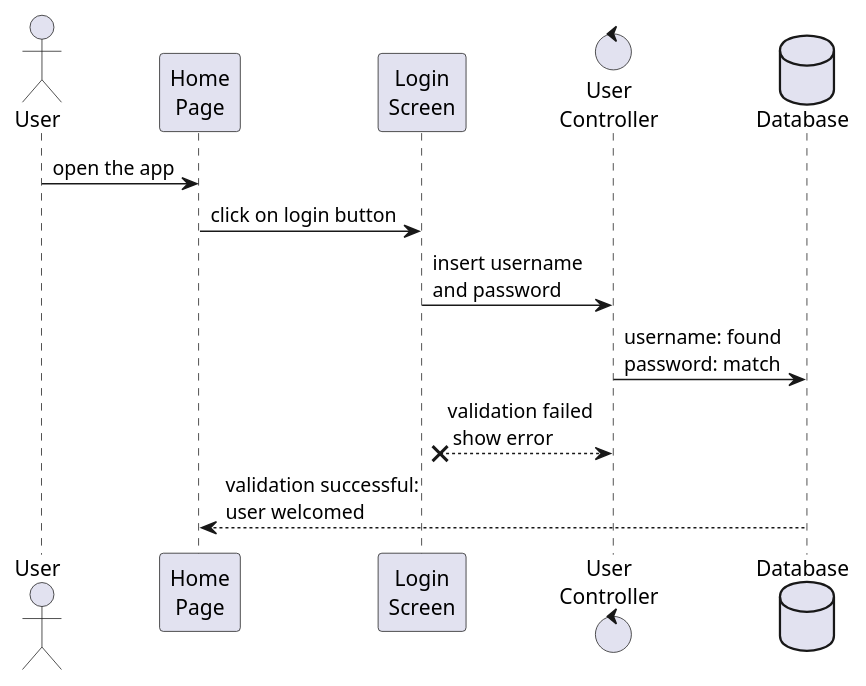
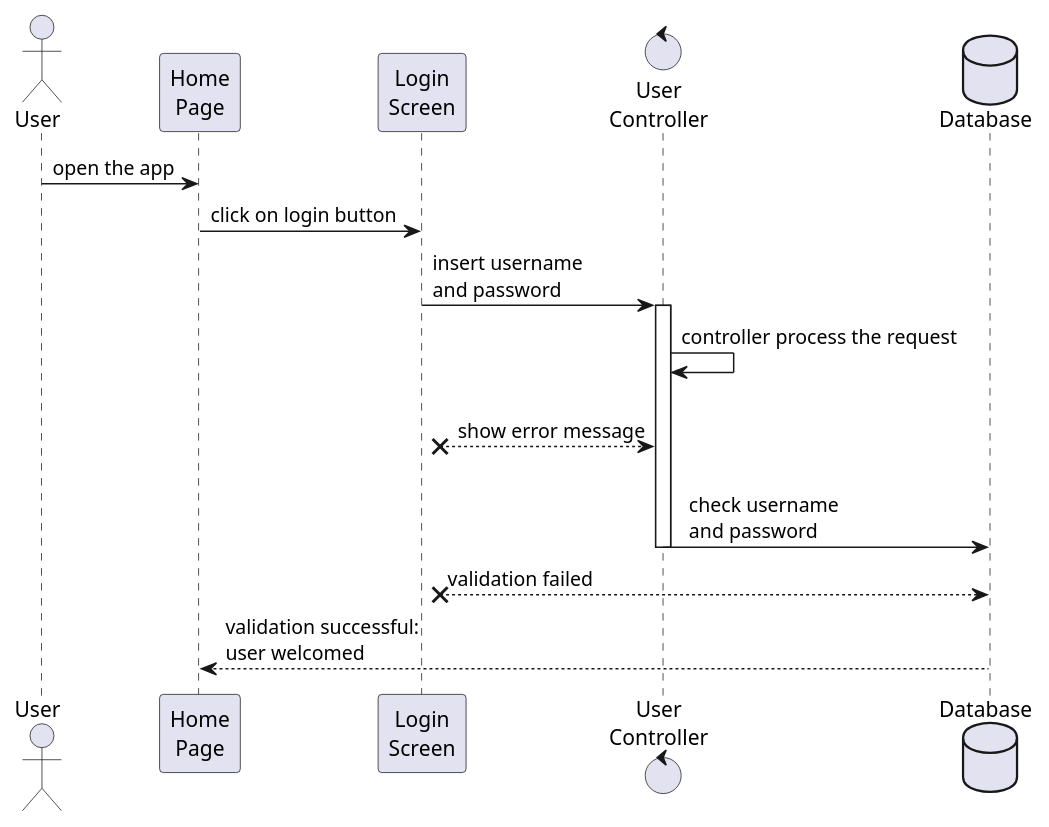
Before and after one commit to TommasoScalici/FoodDelivery: the diagram in src/main/java/unipa/fooddelivery/diagrams/sequence/loginsequence.wsd, drawn with PlantUML. The commit also changed 2 other files, not shown here.

Commit message:
fix register, login, restaurantUpdateInfo

```diff
--- a/src/main/java/unipa/fooddelivery/diagrams/sequence/loginsequence.wsd
+++ b/src/main/java/unipa/fooddelivery/diagrams/sequence/loginsequence.wsd
@@ -1,15 +1,21 @@
 @startuml Login Sequence Diagram
 
 actor User
 participant "Home\nPage" as HomePage
 participant "Login\nScreen" as LoginScreen
 control "User\nController" as UserController
 database Database
 
 User -> HomePage : open the app
 HomePage -> LoginScreen : click on login button
 LoginScreen -> UserController : insert username \nand password
-UserController -> Database : username: found\npassword: match
-LoginScreen x-- UserController : validation failed\n show error
+
+activate UserController
+UserController -> UserController: controller process the request
+LoginScreen x-- UserController: \n  show error message
+UserController -> Database : \n   check username\n   and password
+deactivate UserController
+
+LoginScreen x-- Database: validation failed 
 HomePage <-- Database : validation successful:\nuser welcomed
 @enduml
```
